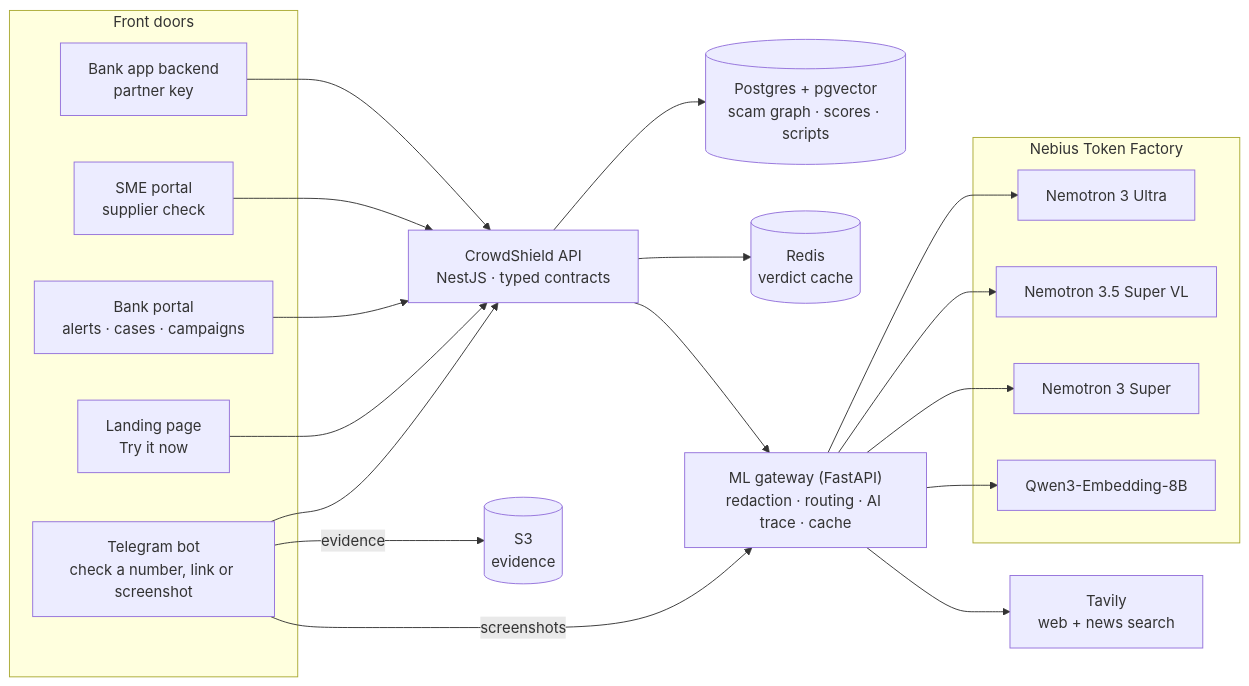
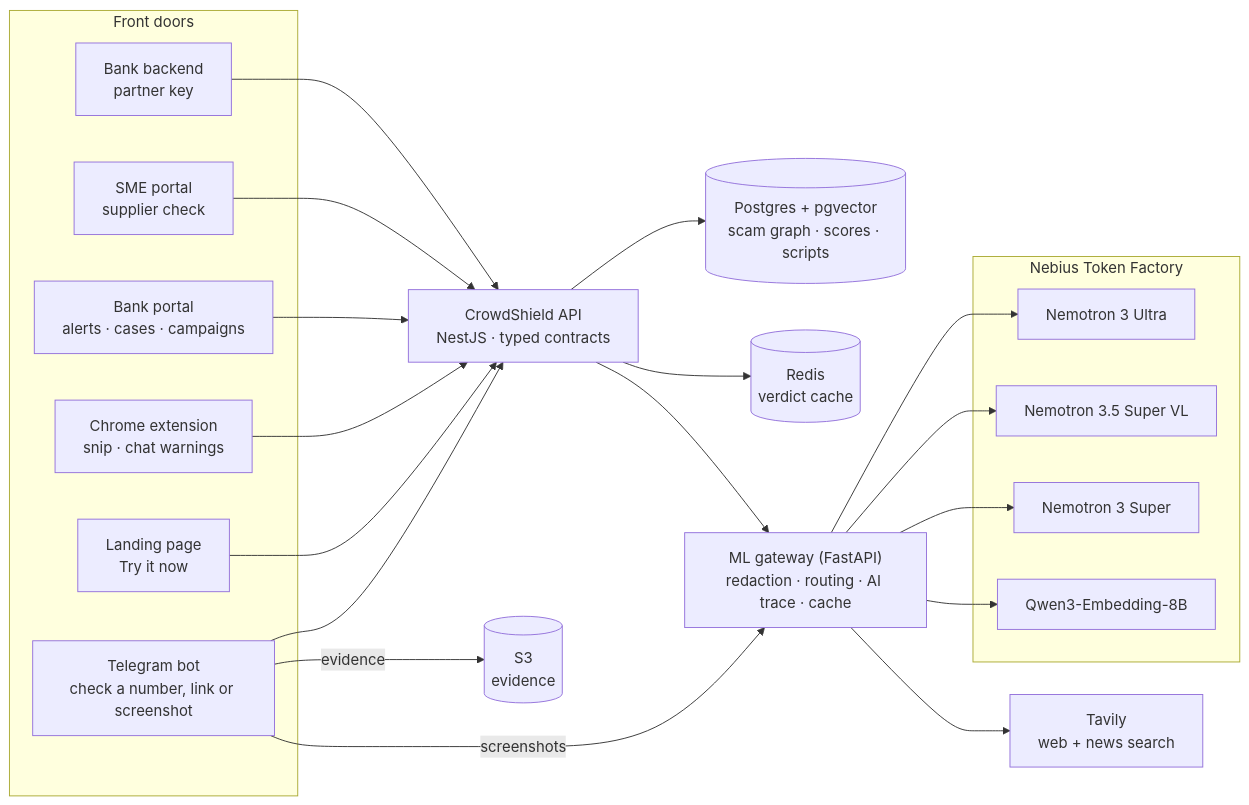
The third of 10 diagrams in README.md (0xhaz/crowdshield), drawn with Mermaid before and after one commit. The commit also changed other lines of this file and 1 other file, not shown here.

Commit message:
README: how it works in diagrams (big picture, end-to-end story, architecture, payee check, scoring, campaigns, AI request path, money trail, data model, deployment)

````diff
--- a/README.md
+++ b/README.md
@@ -51,29 +85,30 @@
 ```mermaid
 flowchart LR
   subgraph doors["Front doors"]
     TG["Telegram bot<br/>check a number, link or screenshot"]
     LP["Landing page<br/>Try it now"]
+    EXT["Chrome extension<br/>snip · chat warnings"]
     BANK["Bank portal<br/>alerts · cases · campaigns"]
     SME["SME portal<br/>supplier check"]
-    APP["Bank app backend<br/>partner key"]
+    APP["Bank backend<br/>partner key"]
   end
   API["CrowdShield API<br/>NestJS · typed contracts"]
   PG[("Postgres + pgvector<br/>scam graph · scores · scripts")]
   RD[("Redis<br/>verdict cache")]
   S3[("S3<br/>evidence")]
   ML["ML gateway (FastAPI)<br/>redaction · routing · AI trace · cache"]
   subgraph nebius["Nebius Token Factory"]
     ULTRA["Nemotron 3 Ultra"]
     VL["Nemotron 3.5 Super VL"]
     SUPER["Nemotron 3 Super"]
     EMB["Qwen3-Embedding-8B"]
   end
   TAV["Tavily<br/>web + news search"]
-  TG & LP & BANK & SME & APP --> API
+  TG & LP & EXT & BANK & SME & APP --> API
   TG -- screenshots --> ML
   TG -- evidence --> S3
   API --> PG & RD
   API --> ML
   ML --> ULTRA & VL & SUPER & EMB
   ML --> TAV
 ```
````
